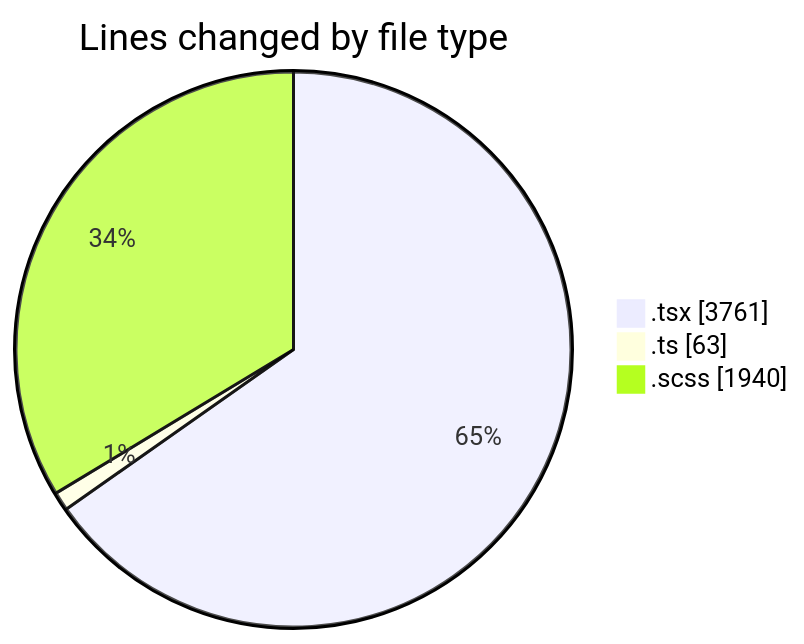
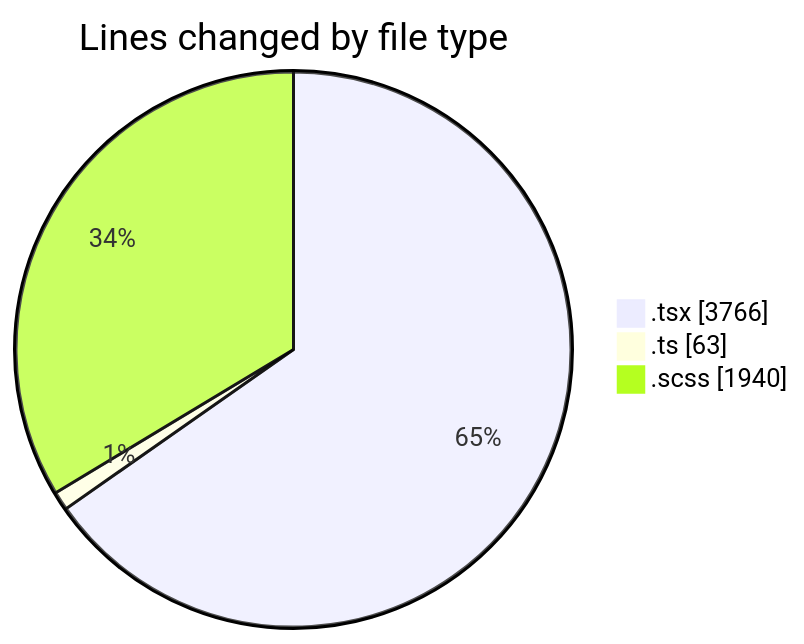
Before and after one commit to momahboobian/code-tracking: the first of 2 diagrams in 2025-04-02/cda/README.md, drawn with Mermaid. The commit also changed other lines of this file and 1 other file, not shown here.

````diff
--- a/2025-04-02/cda/README.md
+++ b/2025-04-02/cda/README.md
@@ -30,7 +30,7 @@
 ```mermaid
 pie showData
 title Lines changed by file type
-".tsx" : 3761
+".tsx" : 3766
 ".ts" : 63
 ".scss" : 1940
 ```
````
